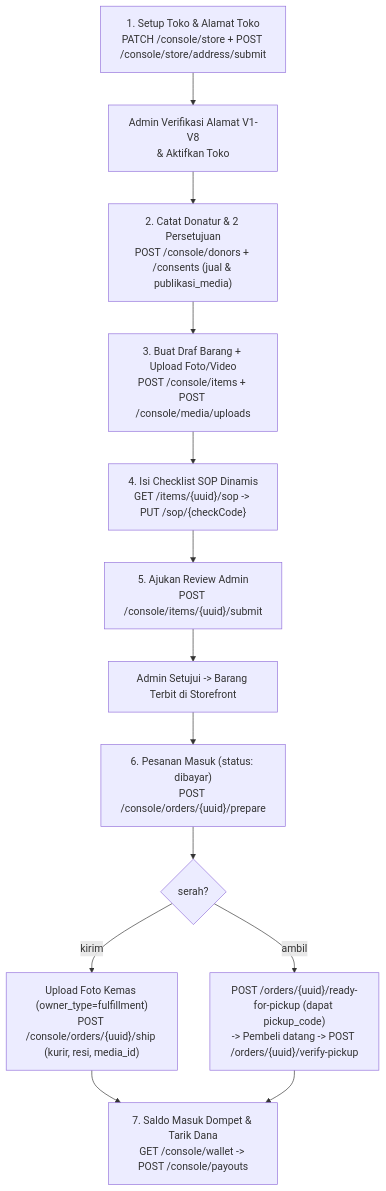
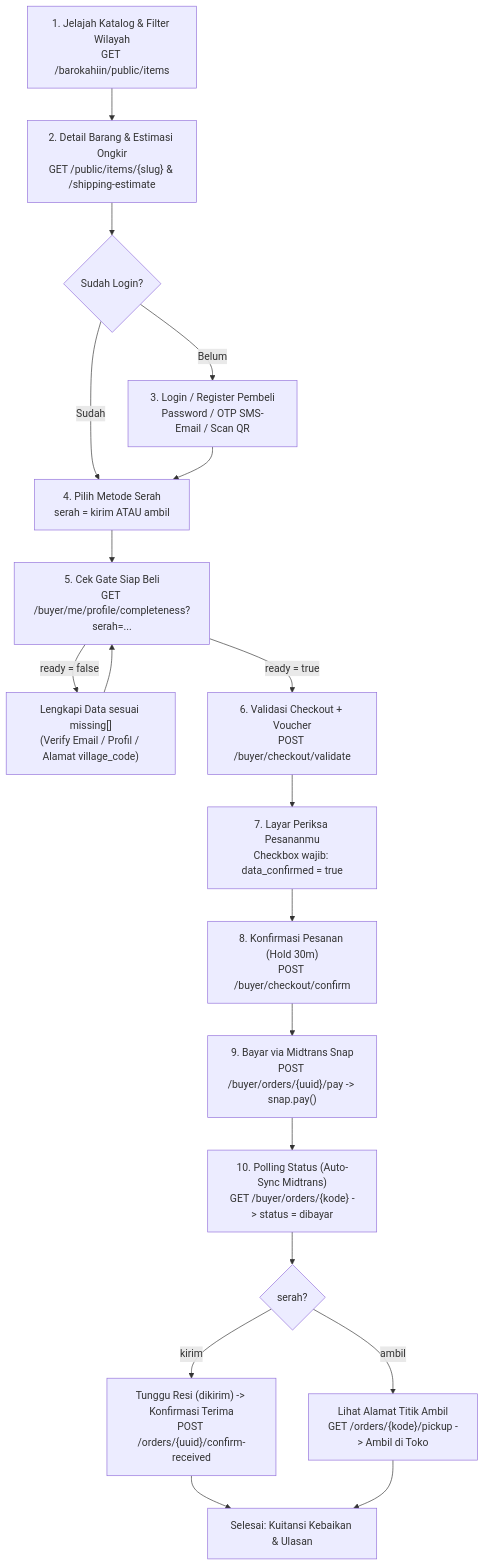
One commit to muhamadnaufan37/eddg-fe-v2 changed the diagram in docs/BAROKAHIIN_FRONTEND_CONSOLE.md. Above: the diagram before and after it, drawn with Mermaid. The commit also changed other lines of this file and 21 other files, not shown here.

Commit message:
feat: add Barokahiin console frontend application and admin/coordinator dashboards

````diff
--- a/docs/BAROKAHIIN_FRONTEND_CONSOLE.md
+++ b/docs/BAROKAHIIN_FRONTEND_CONSOLE.md
@@ -42,15 +53,21 @@
 ```mermaid
 flowchart TD
-    A["1. Setup Toko & Alamat Toko<br/>PATCH /console/store + POST /console/store/address/submit"] --> B["Admin Verifikasi Alamat V1-V8<br/>& Aktifkan Toko"]
-    B --> C["2. Catat Donatur & 2 Persetujuan<br/>POST /console/donors + /consents (jual & publikasi_media)"]
-    C --> D["3. Buat Draf Barang + Upload Foto/Video<br/>POST /console/items + POST /console/media/uploads"]
-    D --> E["4. Isi Checklist SOP Dinamis<br/>GET /items/{uuid}/sop -> PUT /sop/{checkCode}"]
-    E --> F["5. Ajukan Review Admin<br/>POST /console/items/{uuid}/submit"]
-    F --> G["Admin Setujui -> Barang Terbit di Storefront"]
-    G --> H["6. Pesanan Masuk (status: dibayar)<br/>POST /console/orders/{uuid}/prepare"]
-    H --> I{"serah?"}
-    I -- "kirim" --> J["Upload Foto Kemas (owner_type=fulfillment)<br/>POST /console/orders/{uuid}/ship (kurir, resi, media_id)"]
-    I -- "ambil" --> K["POST /orders/{uuid}/ready-for-pickup (dapat pickup_code)<br/>-> Pembeli datang -> POST /orders/{uuid}/verify-pickup"]
-    J --> L["7. Saldo Masuk Dompet & Tarik Dana<br/>GET /console/wallet -> POST /console/payouts"]
-    K --> L
+    A["1. Jelajah Katalog & Filter Wilayah<br/>GET /barokahiin/public/items"] --> B["2. Detail Barang & Estimasi Ongkir<br/>GET /public/items/{slug} & /shipping-estimate"]
+    B --> C{"Sudah Login?"}
+    C -- Belum --> D["3. Login / Register Pembeli<br/>Password / OTP SMS-Email / Scan QR"]
+    C -- Sudah --> E["4. Pilih Metode Serah<br/>serah = kirim ATAU ambil"]
+    D --> E
+    E --> F["5. Cek Gate Siap Beli<br/>GET /buyer/me/profile/completeness?serah=..."]
+    F -- "ready = false" --> G["Lengkapi Data sesuai missing[]<br/>(Verify Email / Profil / Alamat village_code)"]
+    G --> F
+    F -- "ready = true" --> H["6. Validasi Checkout + Voucher<br/>POST /buyer/checkout/validate"]
+    H --> I["7. Layar Periksa Pesananmu<br/>Checkbox wajib: data_confirmed = true"]
+    I --> J["8. Konfirmasi Pesanan (Hold 30m)<br/>POST /buyer/checkout/confirm"]
+    J --> K["9. Bayar via Midtrans Snap<br/>POST /buyer/orders/{uuid}/pay -> snap.pay()"]
+    K --> L["10. Polling Status (Auto-Sync Midtrans)<br/>GET /buyer/orders/{kode} -> status = dibayar"]
+    L --> M{"serah?"}
+    M -- "kirim" --> N["Tunggu Resi (dikirim) -> Konfirmasi Terima<br/>POST /orders/{uuid}/confirm-received"]
+    M -- "ambil" --> O["Lihat Alamat Titik Ambil<br/>GET /orders/{kode}/pickup -> Ambil di Toko"]
+    N --> P["Selesai: Kuitansi Kebaikan & Ulasan"]
+    O --> P
 ```
````
